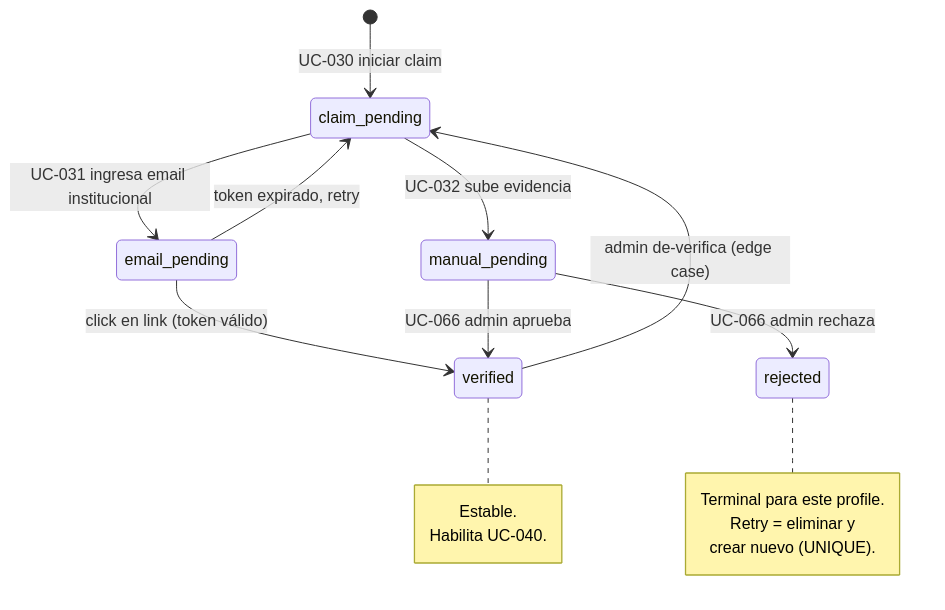
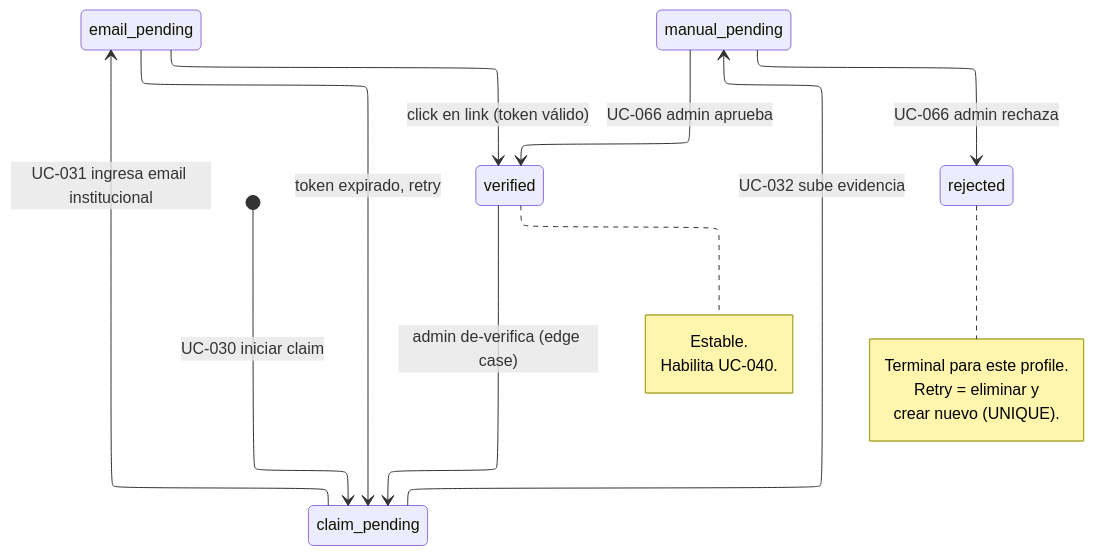
The first of 5 diagrams in docs/domain/verification-flows.md (lucasidev/plan-b), drawn with Mermaid before and after one commit. The commit also changed other lines of this file and 3 other files, not shown here.

````diff
--- a/docs/domain/verification-flows.md
+++ b/docs/domain/verification-flows.md
@@ -31,26 +31,30 @@
 ```mermaid
+---
+config:
+    layout: elk
+---
 stateDiagram-v2
     [*] --> claim_pending : UC-030 iniciar claim
 
     claim_pending --> email_pending : UC-031 ingresa email institucional
     claim_pending --> manual_pending : UC-032 sube evidencia
 
     email_pending --> verified : click en link (token válido)
     email_pending --> claim_pending : token expirado, retry
 
     manual_pending --> verified : UC-066 admin aprueba
     manual_pending --> rejected : UC-066 admin rechaza
 
     verified --> claim_pending : admin de-verifica (edge case)
 
     note right of verified
         Estable.
         Habilita UC-040.
     end note
 
     note right of rejected
         Terminal para este profile.
         Retry = eliminar y
         crear nuevo (UNIQUE).
     end note
 ```
````
